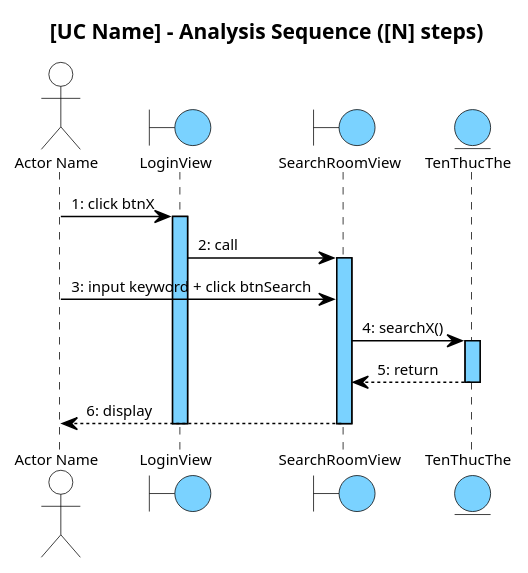
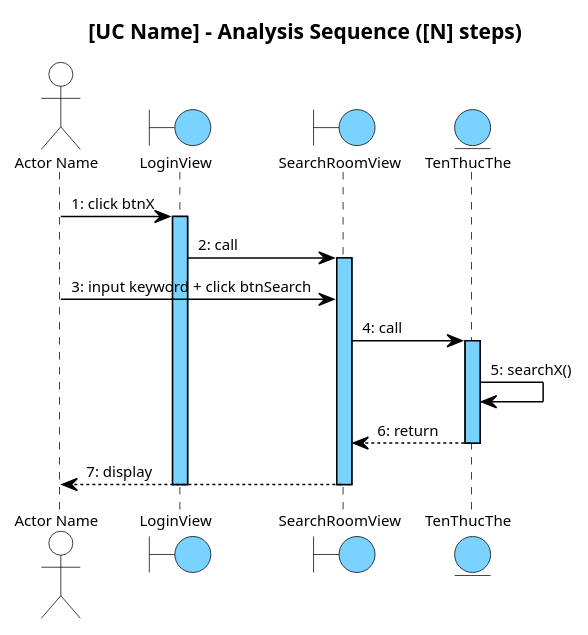
Before and after one commit to thanhtrnnn/cnpm: the diagram in .claude/skills/cnpm/references/ii.4_tuantu_phantich.md, drawn with PlantUML. The commit also changed other lines of this file and 4 other files, not shown here.

````diff
--- a/.claude/skills/cnpm/references/ii.4_tuantu_phantich.md
+++ b/.claude/skills/cnpm/references/ii.4_tuantu_phantich.md
@@ -56,74 +58,75 @@
 ```plantuml
 @startuml
 ' --- Main flow only — no alt blocks ---
 skinparam shadowing false
 skinparam SequenceMessageAlign left
 
 skinparam SequenceLifeLineBackgroundColor #7AD2FF
 skinparam SequenceLifeLineBorderColor #000000
 
 <style>
 sequenceDiagram {
   Shadowing 0
   RoundCorner 0
   FontName "Arial"
   FontSize 10
   FontColor #000000
 
   participant {
     BackgroundColor #7AD2FF
     LineColor #000000
     LineThickness 1
   }
 
   actor {
     BackgroundColor transparent
     LineColor #000000
   }
   boundary {
     BackgroundColor #7AD2FF
     LineColor #000000
   }
   control {
     BackgroundColor #7AD2FF
     LineColor #000000
   }
   entity {
     BackgroundColor #7AD2FF
     LineColor #000000
   }
 
   lifeline {
     LineColor #000000
     LineStyle 5-5
   }
 
   arrow {
     LineColor #000000
     LineThickness 1
     FontSize 10
   }
 }
 </style>
 
 title [UC Name] – Analysis Sequence ([N] steps)
 
 actor "Actor Name" as Actor
 boundary LoginView
 boundary SearchRoomView
 entity TenThucThe
 
 Actor -> LoginView : 1: click btnX
 activate LoginView
 LoginView -> SearchRoomView : 2: call
 activate SearchRoomView
 Actor -> SearchRoomView : 3: input keyword + click btnSearch
-SearchRoomView -> TenThucThe : 4: searchX()
+SearchRoomView -> TenThucThe : 4: call
 activate TenThucThe
-TenThucThe --> SearchRoomView : 5: return
+TenThucThe -> TenThucThe : 5: searchX()
+TenThucThe --> SearchRoomView : 6: return
 deactivate TenThucThe
-SearchRoomView --> Actor : 6: display
+SearchRoomView --> Actor : 7: display
 deactivate SearchRoomView
 deactivate LoginView
 @enduml
 ```
````
